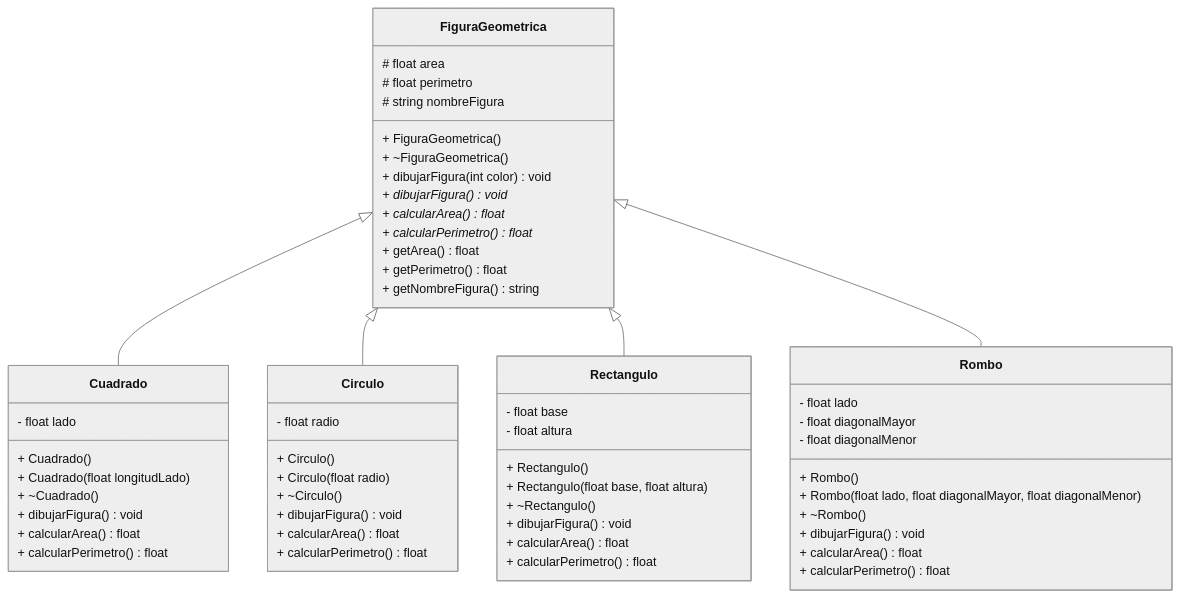
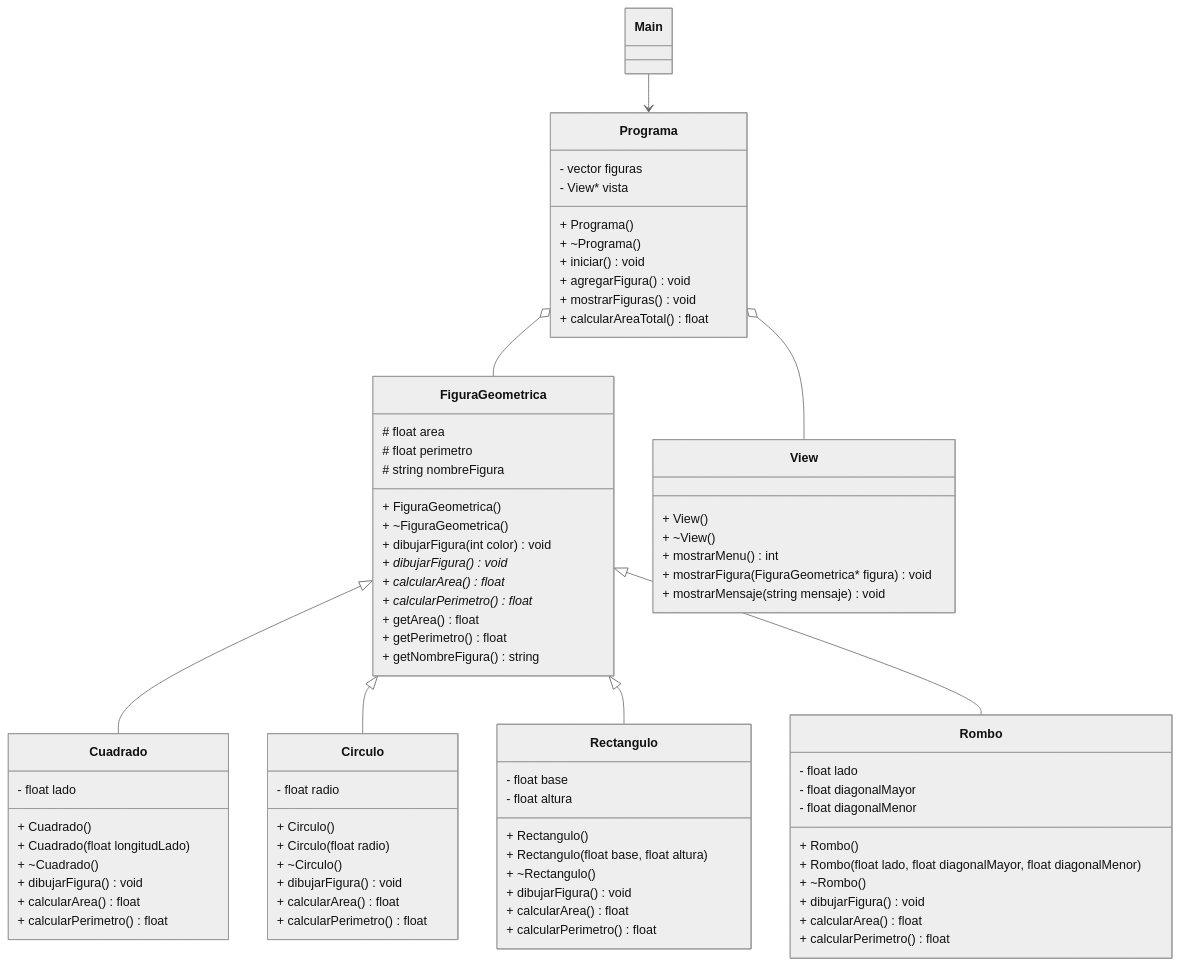
One commit to 300CIS017-Object-Oriented-Programming/solucionHerenciaFigurasGeometricas changed the diagram in README.md. Above: the diagram before and after it, drawn with Mermaid (neutral theme).

Commit message:
MOD Mermaid diagram

````diff
--- a/README.md
+++ b/README.md
@@ -22,7 +22,9 @@
     FiguraGeometrica <|-- Circulo
     FiguraGeometrica <|-- Rectangulo
     FiguraGeometrica <|-- Rombo
- 
+    Programa o-- FiguraGeometrica
+    Programa o-- View
+    Main --> Programa
 
     class FiguraGeometrica {
         # float area
@@ -81,4 +83,23 @@
         + calcularArea() float
         + calcularPerimetro() float
     }
+    
+      class Programa {
+        - vector<FiguraGeometrica*> figuras
+        - View* vista
+        + Programa()
+        + ~Programa()
+        + iniciar() void
+        + agregarFigura() void
+        + mostrarFiguras() void
+        + calcularAreaTotal() float
+    }
+    
+    class View {
+        + View()
+        + ~View()
+        + mostrarMenu() int
+        + mostrarFigura(FiguraGeometrica* figura) void
+        + mostrarMensaje(string mensaje) void
+    }
 ```
````
